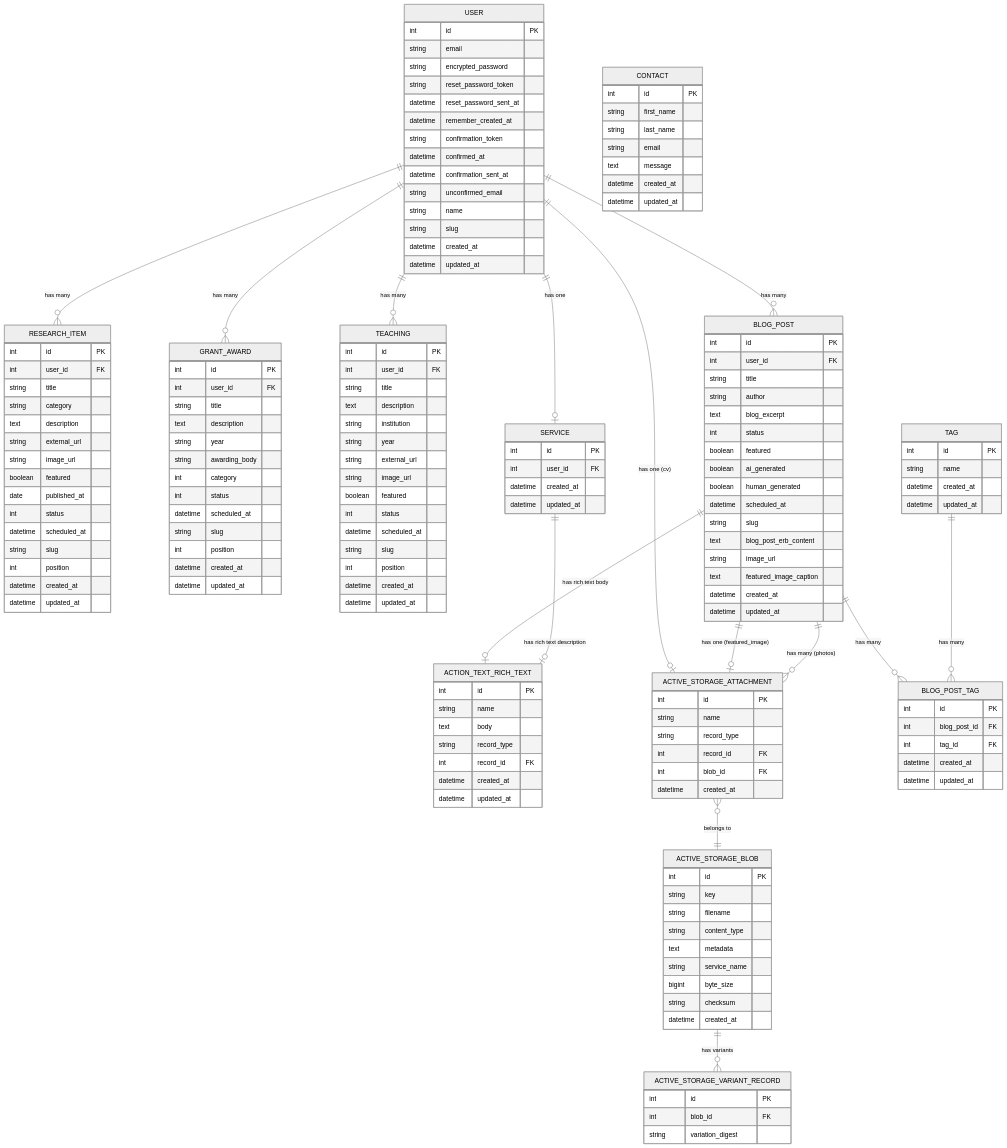
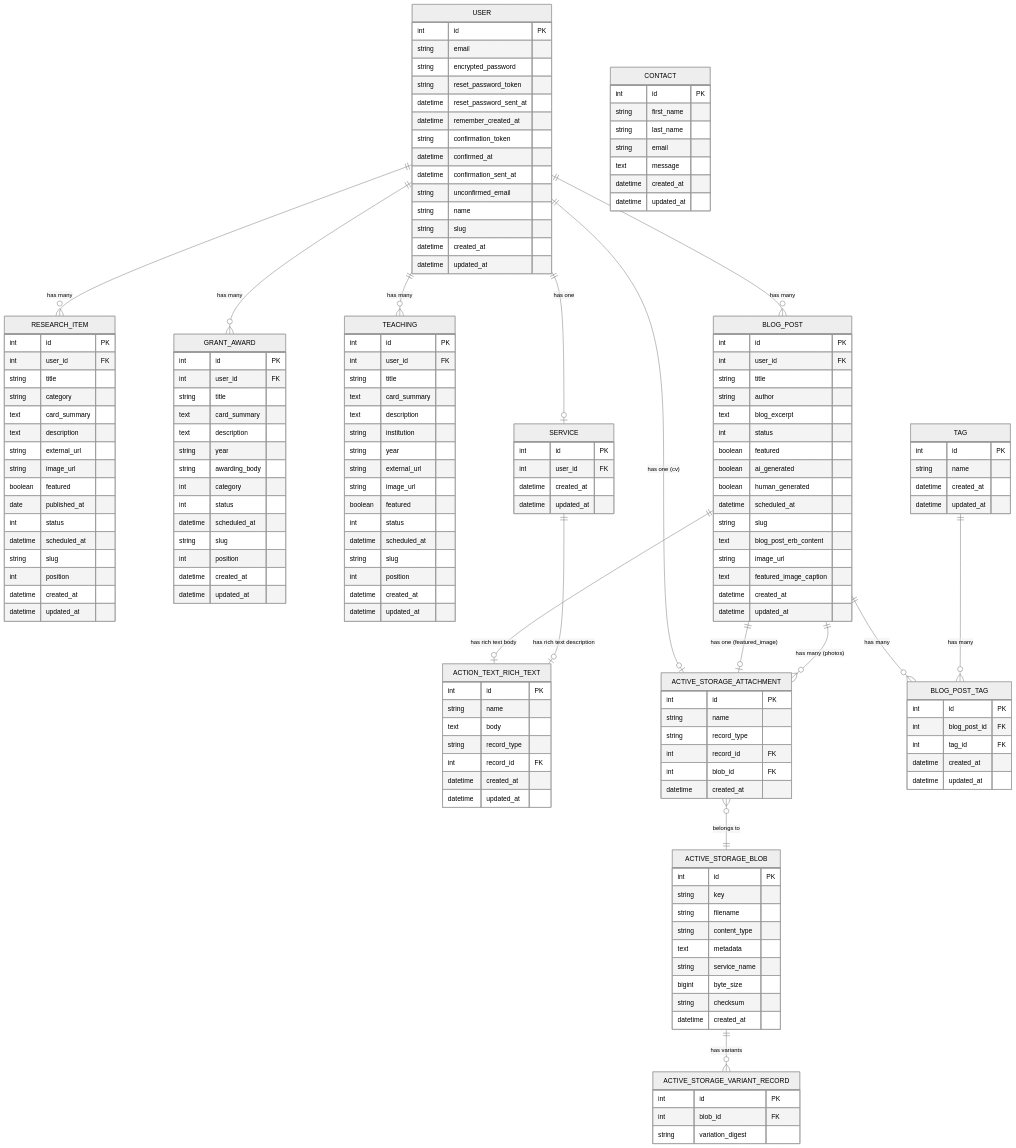
One commit to louiskb/isarak-portfolio changed the diagram in docs/ERD.md. Above: the diagram before and after it, drawn with Mermaid (neutral theme). The commit also changed other lines of this file and 20 other files, not shown here.

First line of the commit message:
feat(resources): add card_summary column, public awards pages, remove char counters

```diff
--- a/docs/ERD.md
+++ b/docs/ERD.md
@@ -24,6 +24,7 @@
         int user_id FK
         string title
         string category
+        text card_summary
         text description
         string external_url
         string image_url
@@ -41,6 +42,7 @@
         int id PK
         int user_id FK
         string title
+        text card_summary
         text description
         string year
         string awarding_body
@@ -57,6 +59,7 @@
         int id PK
         int user_id FK
         string title
+        text card_summary
         text description
         string institution
         string year
```
